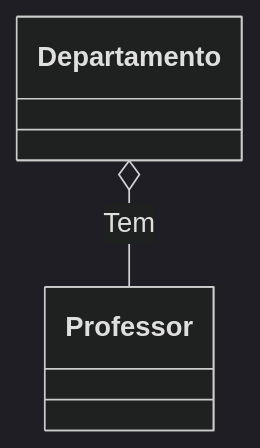
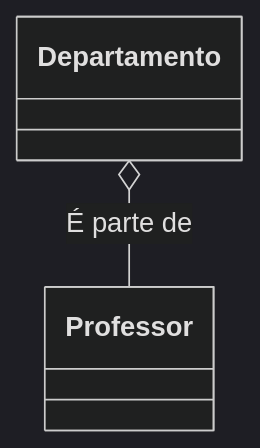
Before and after one commit to efojunior/It_NeoCamp_Java: the sixth of 11 diagrams in 11.md, drawn with Mermaid (dark theme). The commit also changed other lines of this file, not shown here.

````diff
--- a/11.md
+++ b/11.md
@@ -91,4 +105,4 @@
 ```mermaid
 classDiagram
-Departamento o-- Professor : Tem 
+Departamento o-- Professor : É parte de
 ```
````
